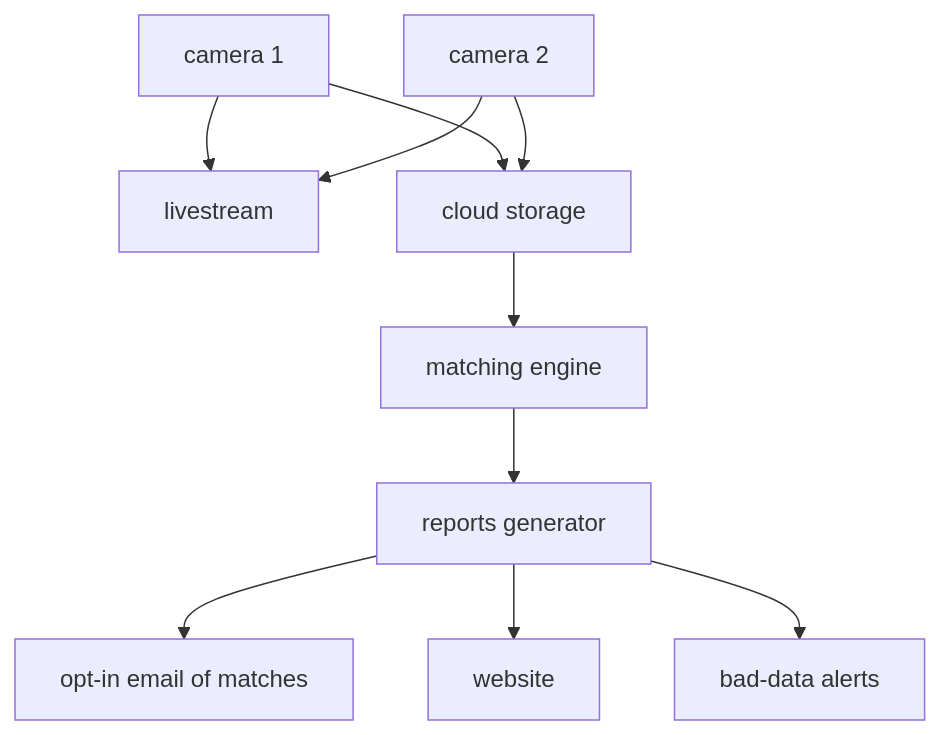
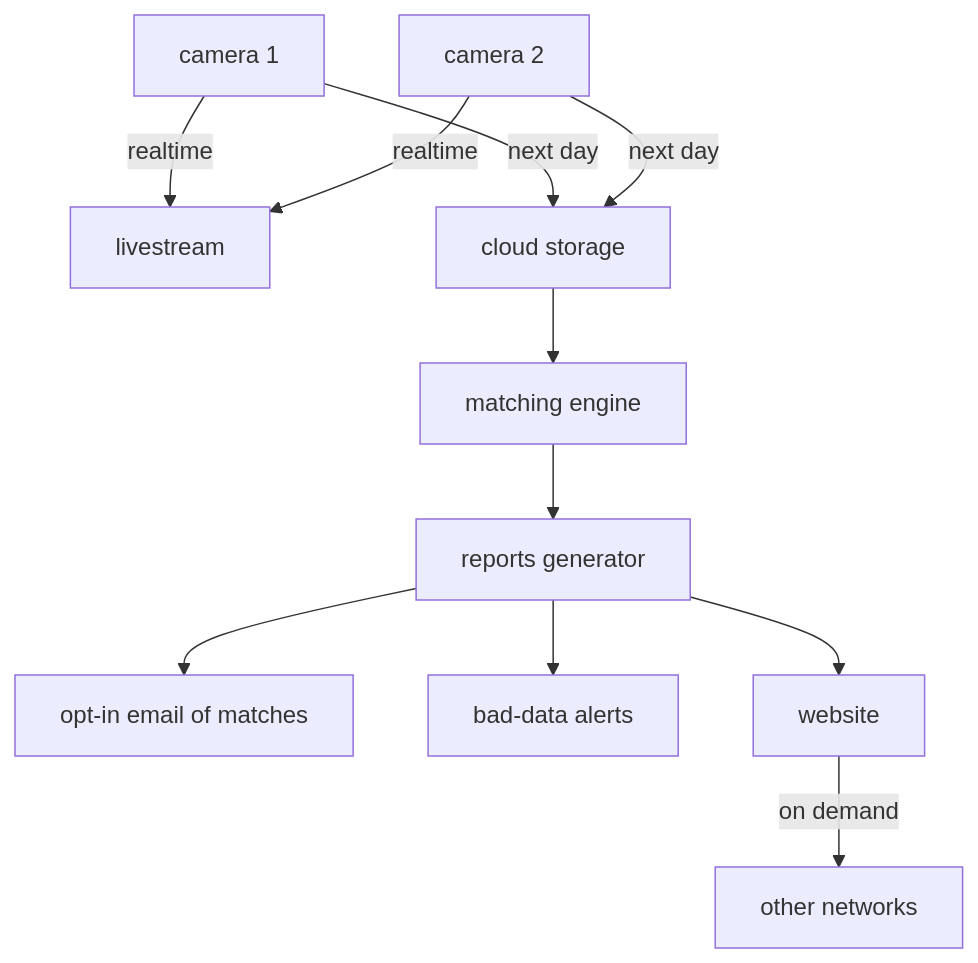
One commit to ukmda/ukmda-dataprocessing changed the diagram in archive/README.md. Above: the diagram before and after it, drawn with Mermaid.

Commit message:
more changes to readme

````diff
--- a/archive/README.md
+++ b/archive/README.md
@@ -3,12 +3,13 @@
 ```mermaid
     flowchart TD
-    A[camera 1] --> C[livestream];
-    B[camera 2] --> C[livestream];
-    A[camera 1] --> D[cloud storage];
-    B[camera 2] --> D[cloud storage];
+    A[camera 1] -- realtime --> C[livestream];
+    B[camera 2] -- realtime --> C[livestream];
+    A[camera 1] -- next day --> D[cloud storage];
+    B[camera 2] -- next day --> D[cloud storage];
     D[cloud storage] --> E[matching engine];
     E[matching engine] --> F[reports generator];
     F[reports generator] --> G[opt-in email of matches];
+    F[reports generator] --> I[bad-data alerts];
     F[reports generator] --> H[website];
-    F[reports generator] --> I[bad-data alerts];
+    H[website] -- on demand -->J[other networks];
 ```
````
